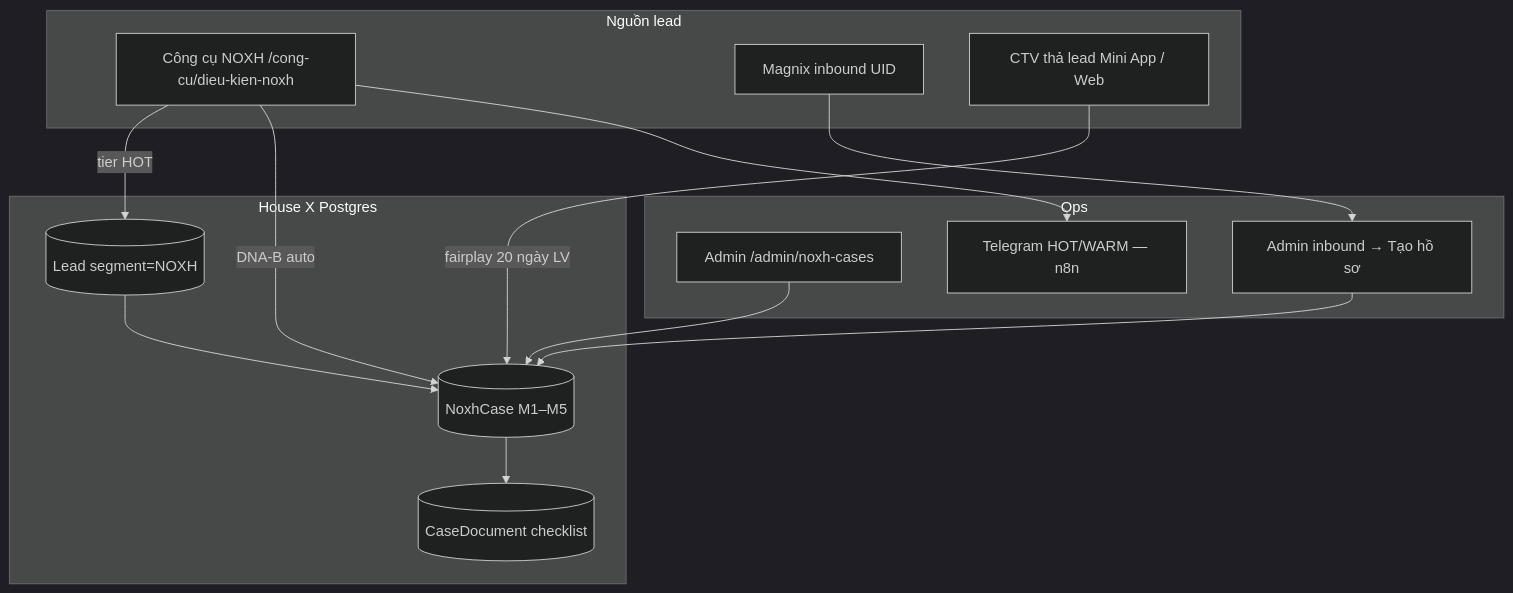
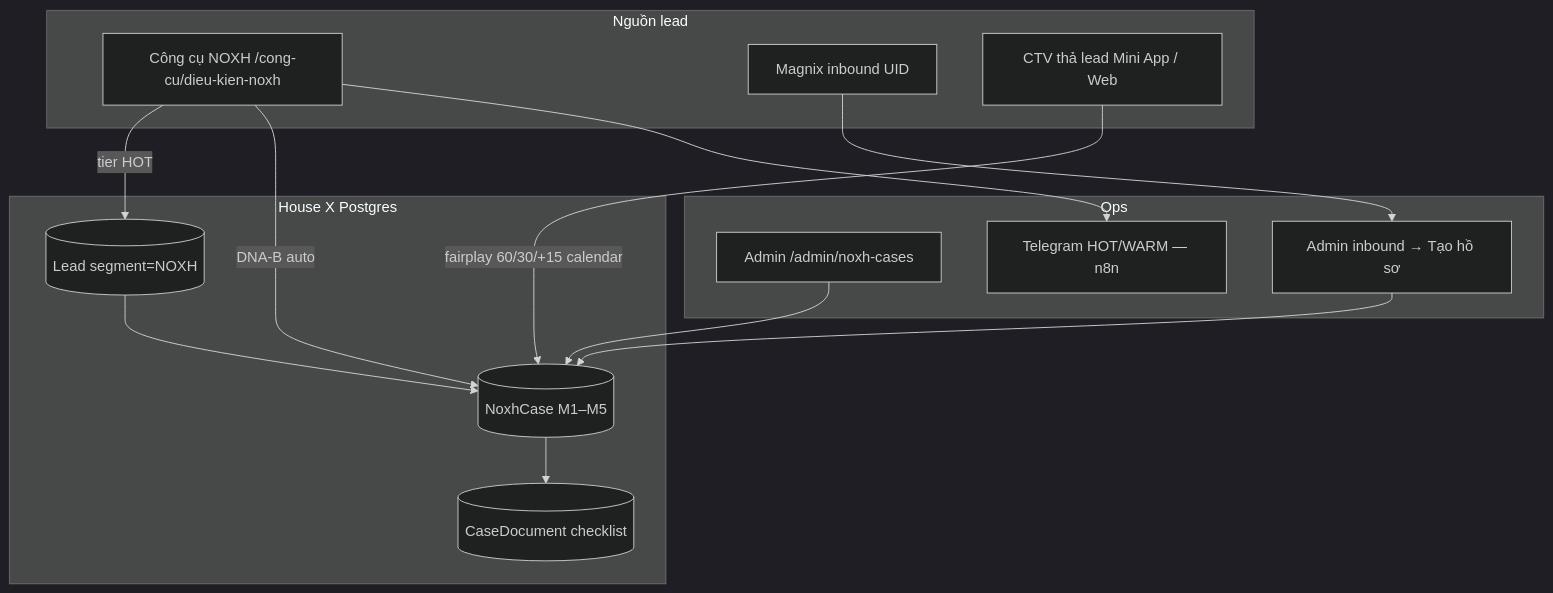
One commit to VMD-Hub/Magnix-automation changed the diagram in Proptech-HouseX/docs/NOXH_CASE_PIPELINE.md. Above: the diagram before and after it, drawn with Mermaid (dark theme). The commit also changed other lines of this file and 97 other files, not shown here.

````diff
--- a/Proptech-HouseX/docs/NOXH_CASE_PIPELINE.md
+++ b/Proptech-HouseX/docs/NOXH_CASE_PIPELINE.md
@@ -24,29 +24,29 @@
 ```mermaid
 flowchart TB
   subgraph inbound [Nguồn lead]
     W[Công cụ NOXH /cong-cu/dieu-kien-noxh]
     M[Magnix inbound UID]
     C[CTV thả lead Mini App / Web]
   end
 
   subgraph platform [House X Postgres]
     L[(Lead segment=NOXH)]
     NC[(NoxhCase M1–M5)]
     DOC[(CaseDocument checklist)]
   end
 
   subgraph ops [Ops]
     ADM[Admin /admin/noxh-cases]
     INB[Admin inbound → Tạo hồ sơ]
     TG[Telegram HOT/WARM — n8n]
   end
 
   W -->|tier HOT| L
   W -->|DNA-B auto| NC
   W --> TG
   M --> INB --> NC
-  C -->|fairplay 20 ngày LV| NC
+  C -->|fairplay 60/30/+15 calendar| NC
   L --> NC
   ADM --> NC
   NC --> DOC
 ```
````
